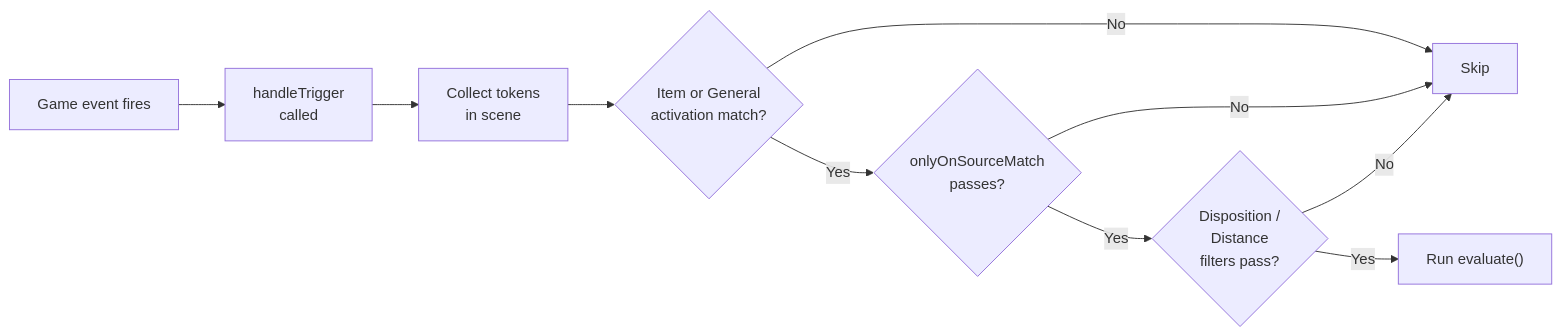
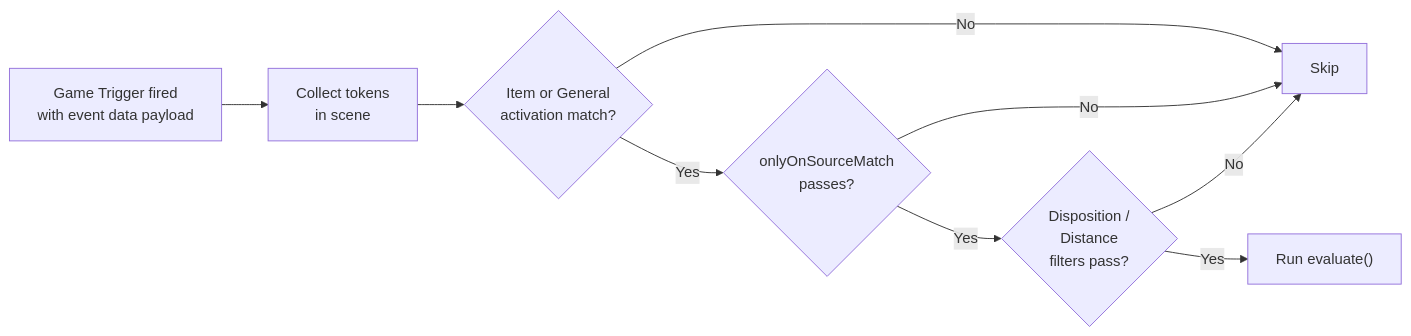
Before and after one commit to Agraael/lancer-automations: the first of 2 diagrams in README.md, drawn with Mermaid.

````diff
--- a/README.md
+++ b/README.md
@@ -330,12 +330,11 @@
 ```mermaid
 flowchart LR
-    A["Game event fires"] --> B["handleTrigger<br/>called"]
-    B --> C["Collect tokens<br/>in scene"]
+    A["Game Trigger fired<br/>with event data payload"] --> C["Collect tokens<br/>in scene"]
     C --> D{"Item or General<br/>activation match?"}
     D -- No --> Skip
     D -- Yes --> E{"onlyOnSourceMatch<br/>passes?"}
     E -- No --> Skip
     E -- Yes --> F{"Disposition /<br/>Distance<br/>filters pass?"}
     F -- No --> Skip
     F -- Yes --> G["Run evaluate()"]
 ```
````
